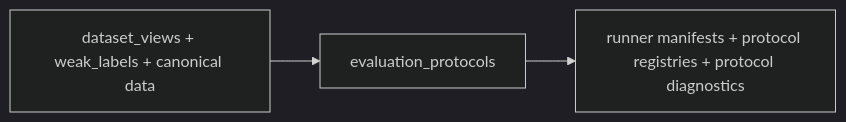
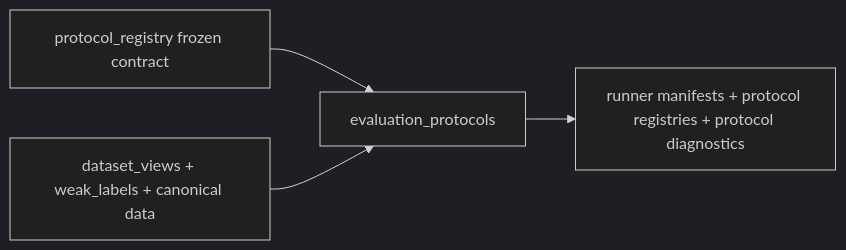
One commit to lawnguyenit/AgriFusion-IoT changed the diagram in Backend/Benchmark/evaluation_protocols/FLOW.md. Above: the diagram before and after it, drawn with Mermaid (dark theme). The commit also changed other lines of this file and 44 other files, not shown here.

````diff
--- a/Backend/Benchmark/evaluation_protocols/FLOW.md
+++ b/Backend/Benchmark/evaluation_protocols/FLOW.md
@@ -5,5 +5,6 @@
 ```mermaid
 flowchart LR
-    A["dataset_views + weak_labels + canonical data"] --> B["evaluation_protocols"]
+    P["protocol_registry frozen contract"] --> B["evaluation_protocols"]
+    A["dataset_views + weak_labels + canonical data"] --> B
     B --> C["runner manifests + protocol registries + protocol diagnostics"]
 ```
````
